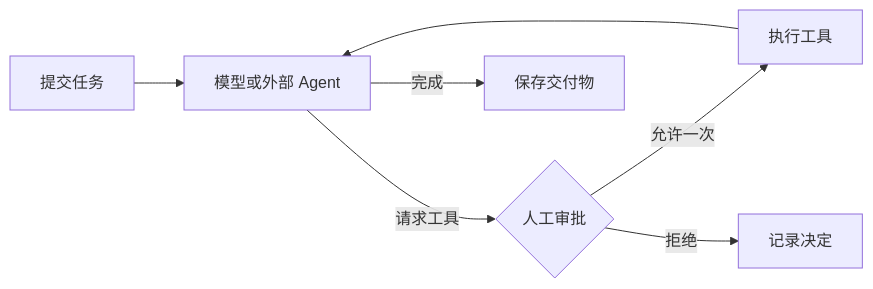
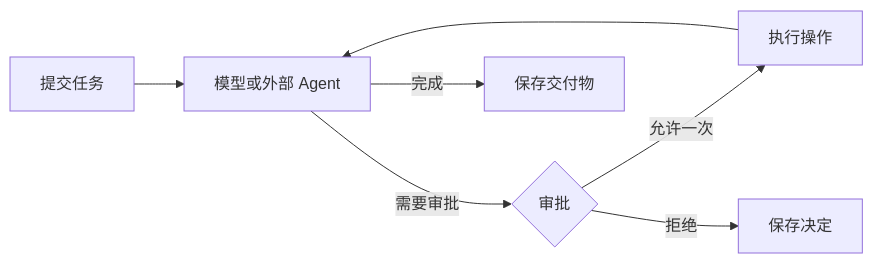
The diagram in README.md (AuronaLabs/Fliuno), drawn with Mermaid before and after one commit. The commit also changed other lines of this file and 6 other files, not shown here.

````diff
--- a/README.md
+++ b/README.md
@@ -54,9 +54,9 @@
 ```mermaid
 flowchart LR
   Task[提交任务] --> Step[模型或外部 Agent]
-  Step -->|请求工具| Review{人工审批}
-  Review -->|允许一次| Tool[执行工具]
+  Step -->|需要审批| Review{审批}
+  Review -->|允许一次| Tool[执行操作]
   Tool --> Step
-  Review -->|拒绝| Record[记录决定]
+  Review -->|拒绝| Record[保存决定]
   Step -->|完成| Output[保存交付物]
 ```
````
